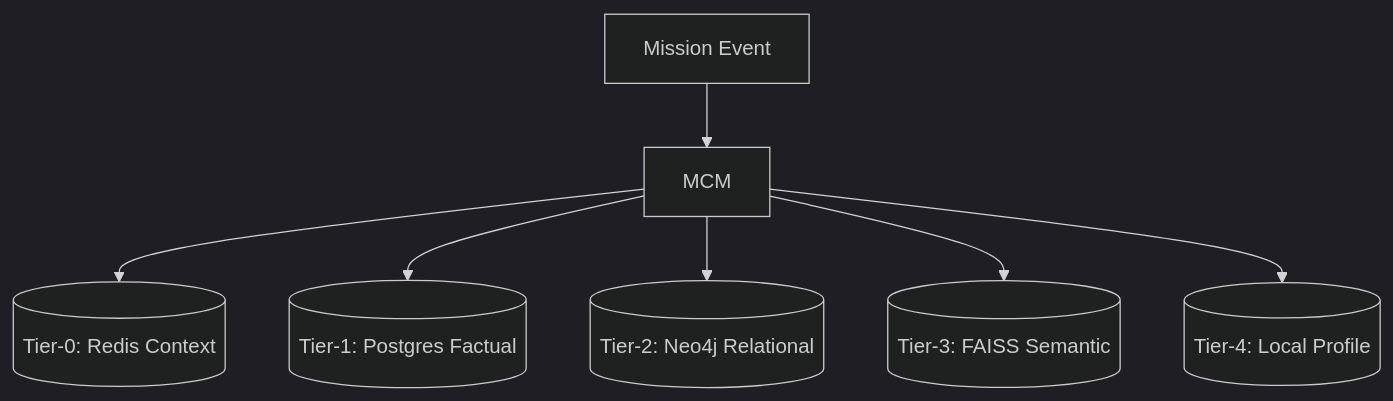
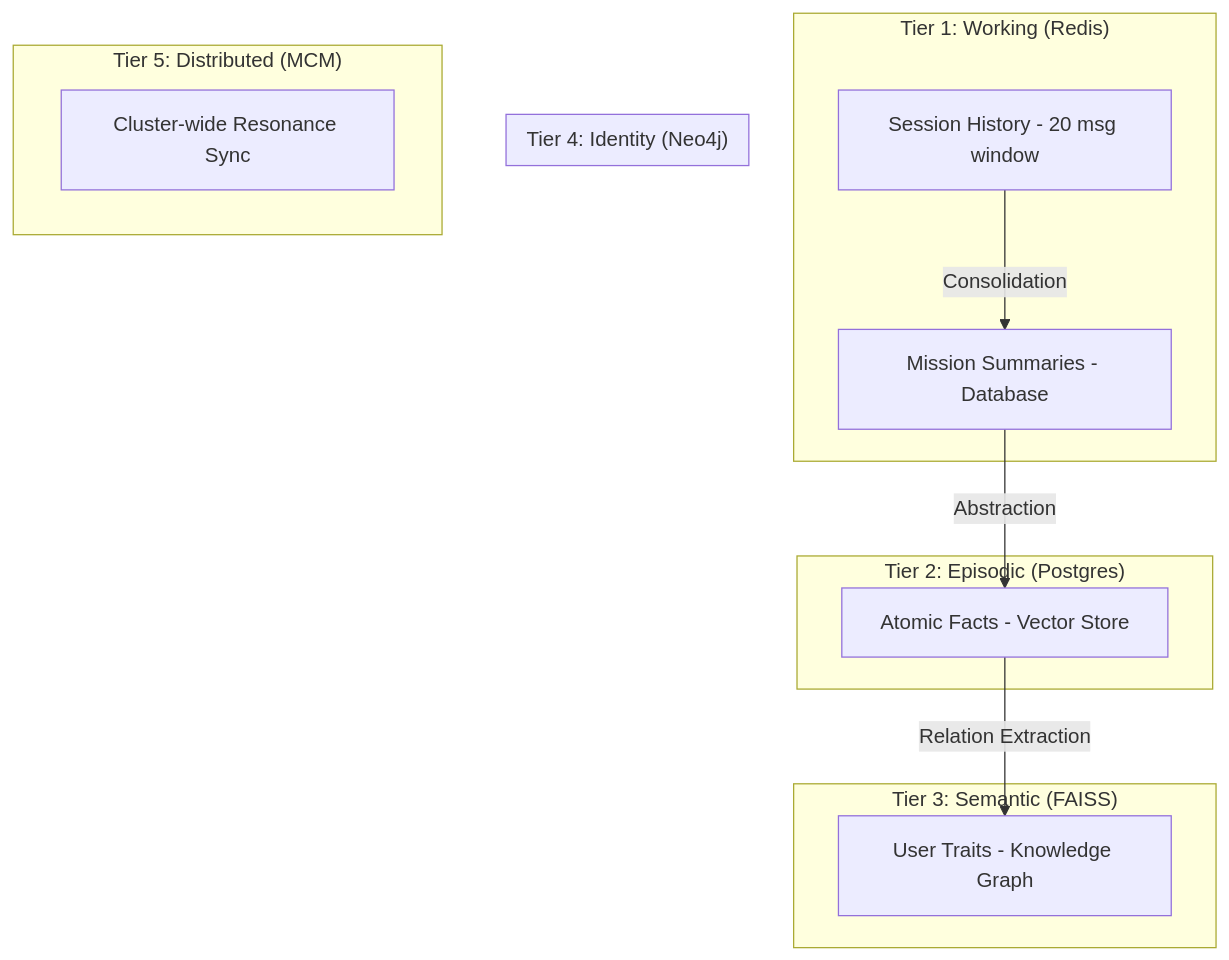
The third of 4 diagrams in README.md (Blackdrg/levi-ai-innovate), drawn with Mermaid before and after one commit. The commit also changed other lines of this file and 133 other files, not shown here.

````diff
--- a/README.md
+++ b/README.md
@@ -717,10 +258,18 @@
 ```mermaid
-%%{init: {'theme': 'dark', 'themeVariables': { 'primaryColor': '#00ccff'}}}%%
 graph TD
-    Pulse[Mission Event] --> MCM
-    MCM --> T0[(Tier-0: Redis Context)]
-    MCM --> T1[(Tier-1: Postgres Factual)]
-    MCM --> T2[(Tier-2: Neo4j Relational)]
-    MCM --> T3[(Tier-3: FAISS Semantic)]
-    MCM --> T4[(Tier-4: Local Profile)]
+    subgraph "Tier 1: Working (Redis)"
+        T1[Session History - 20 msg window] --> |Consolidation| T2
+    end
+    subgraph "Tier 2: Episodic (Postgres)"
+        T2[Mission Summaries - Database] --> |Abstraction| T3
+    end
+    subgraph "Tier 3: Semantic (FAISS)"
+        T3[Atomic Facts - Vector Store] --> |Relation Extraction| T4
+    end
+    subgraph "Tier 4: Identity (Neo4j)"
+        T4[User Traits - Knowledge Graph]
+    end
+    subgraph "Tier 5: Distributed (MCM)"
+        T5[Cluster-wide Resonance Sync]
+    end
 ```
````
